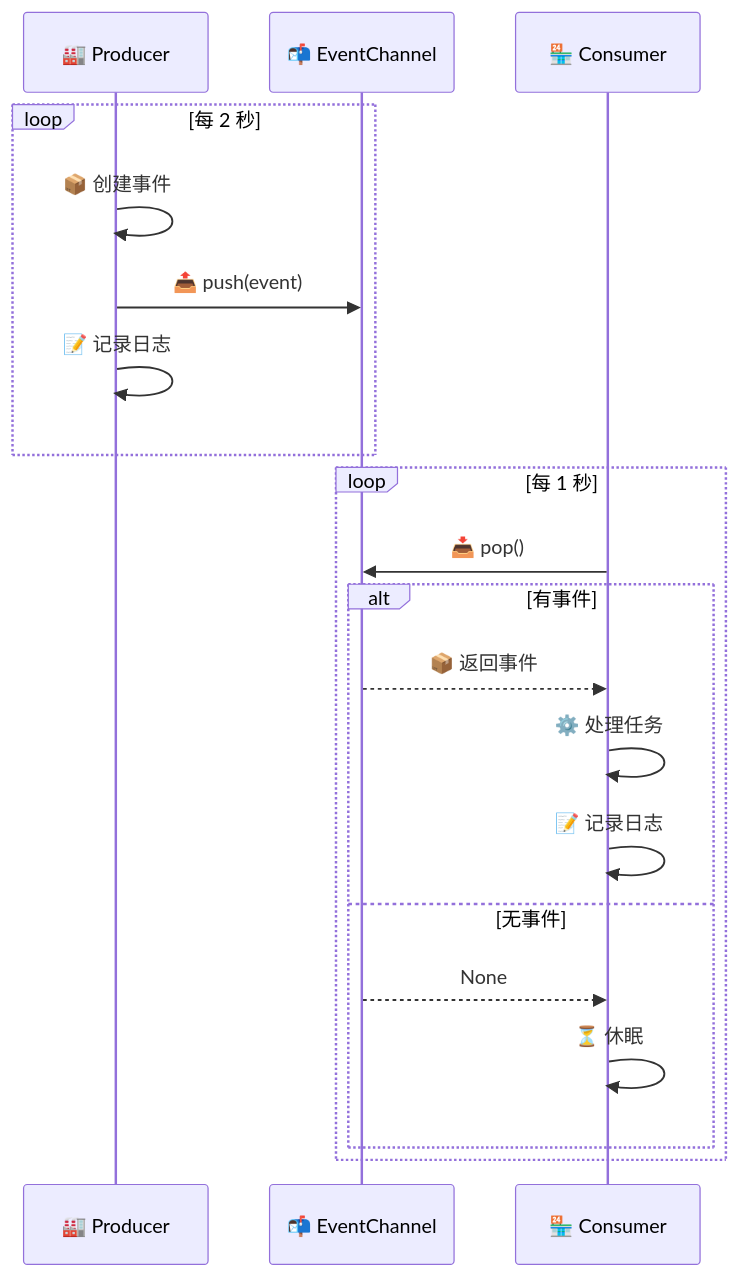
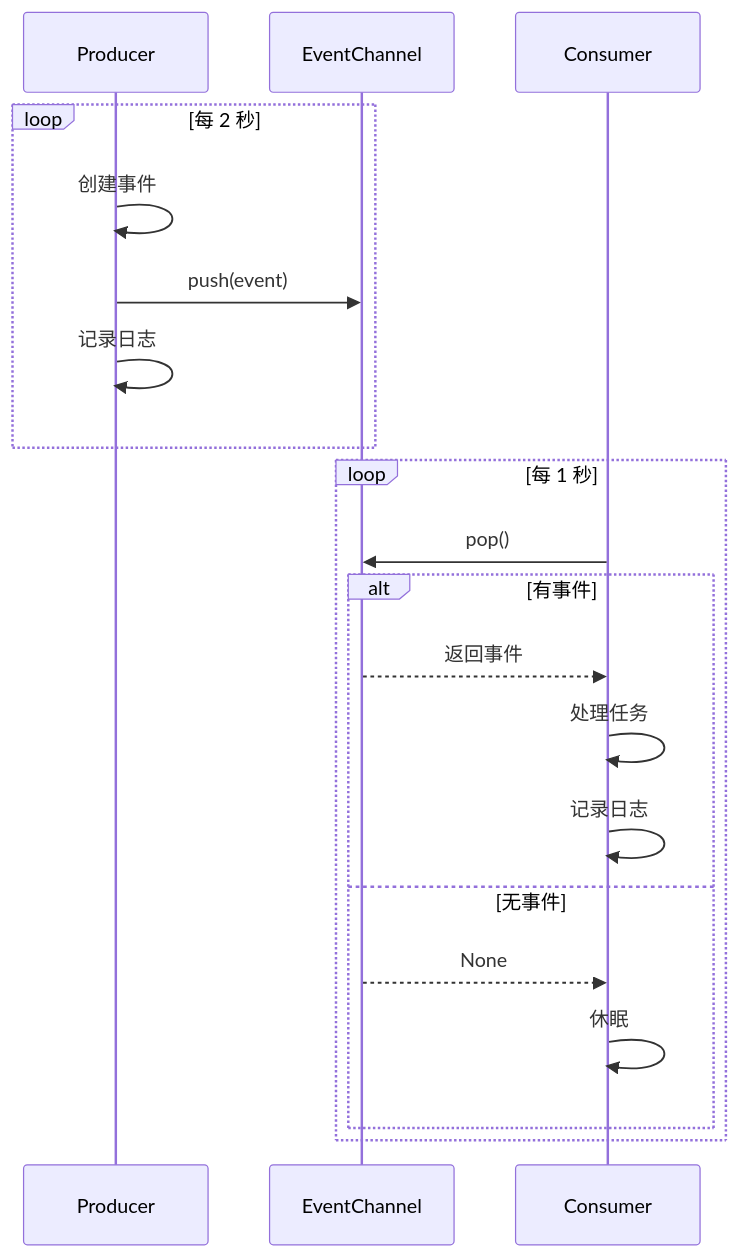
One commit to YearsAlso/zoo-framework-doc changed the third of 6 diagrams in docs/core/event.md. Above: the diagram before and after it, drawn with Mermaid. The commit also changed other lines of this file and 24 other files, not shown here.

First line of the commit message:
docs(site): 站点正式化与内容严肃化，附 bench 报告截图

````diff
--- a/docs/core/event.md
+++ b/docs/core/event.md
@@ -266,24 +266,24 @@
 ```mermaid
 sequenceDiagram
-    participant P as 🏭 Producer
-    participant C as 📬 EventChannel
-    participant CO as 🏪 Consumer
+    participant P as  Producer
+    participant C as  EventChannel
+    participant CO as  Consumer
     
     loop 每 2 秒
-        P->>P: 📦 创建事件
-        P->>C: 📤 push(event)
-        P->>P: 📝 记录日志
+        P->>P:  创建事件
+        P->>C:  push(event)
+        P->>P:  记录日志
     end
     
     loop 每 1 秒
-        CO->>C: 📥 pop()
+        CO->>C:  pop()
         alt 有事件
-            C-->>CO: 📦 返回事件
-            CO->>CO: ⚙️ 处理任务
-            CO->>CO: 📝 记录日志
+            C-->>CO:  返回事件
+            CO->>CO:  处理任务
+            CO->>CO:  记录日志
         else 无事件
             C-->>CO: None
-            CO->>CO: ⏳ 休眠
+            CO->>CO:  休眠
         end
     end
 ```
````
